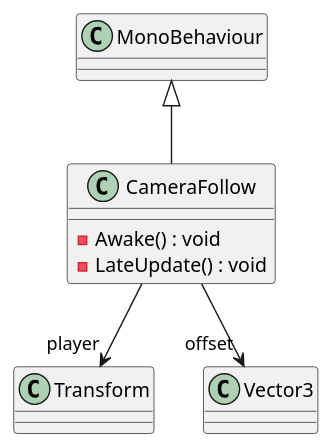
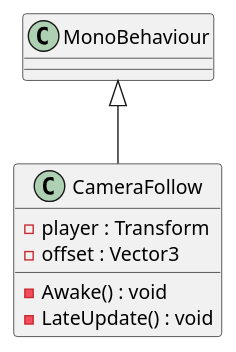
Before and after one commit to RadicalReptile/ToadRunnerStudy: the diagram in UML/Assets/Scripts/CameraFollow.puml, drawn with PlantUML. The commit also changed 15 other files, not shown here.

Commit message:
Generate UML (Generate UML)

```diff
--- a/UML/Assets/Scripts/CameraFollow.puml
+++ b/UML/Assets/Scripts/CameraFollow.puml
@@ -1,9 +1,9 @@
 @startuml
 class CameraFollow {
+    - player : Transform
+    - offset : Vector3
     - Awake() : void
     - LateUpdate() : void
 }
 MonoBehaviour <|-- CameraFollow
-CameraFollow --> "player" Transform
-CameraFollow --> "offset" Vector3
 @enduml
```
